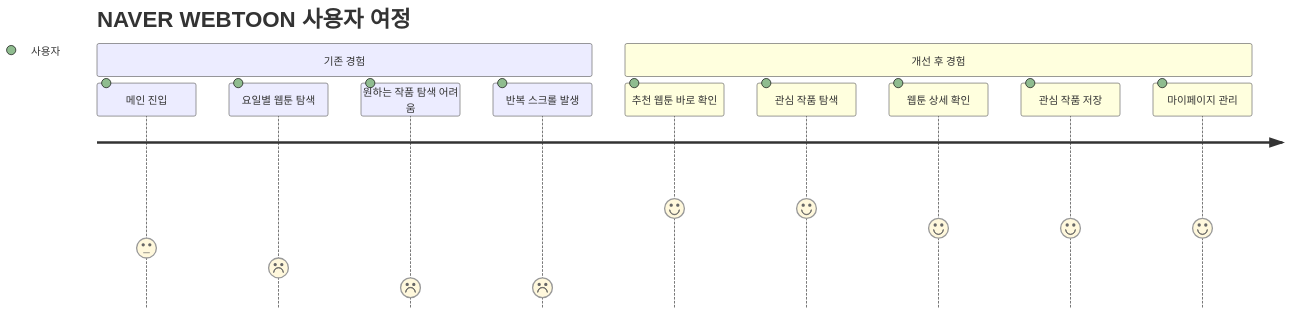
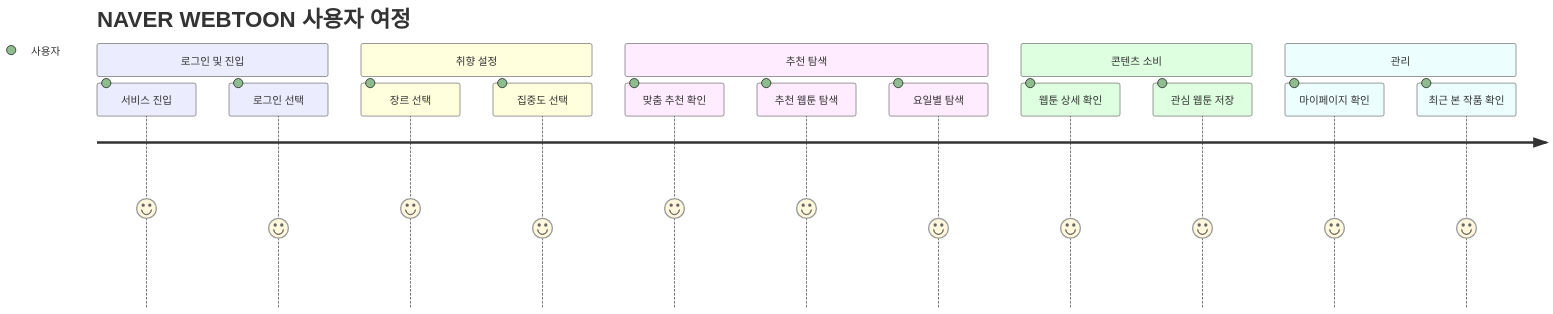
The third of 7 diagrams in README.md (yujj9705/naver-webtoon), drawn with Mermaid before and after one commit. The commit also changed other lines of this file, not shown here.

````diff
--- a/README.md
+++ b/README.md
@@ -81,17 +103,25 @@
 ```mermaid
 journey
     title NAVER WEBTOON 사용자 여정
 
-    section 기존 경험
-      메인 진입: 3: 사용자
-      요일별 웹툰 탐색: 2: 사용자
-      원하는 작품 탐색 어려움: 1: 사용자
-      반복 스크롤 발생: 1: 사용자
+    section 로그인 및 진입
+      서비스 진입: 5: 사용자
+      로그인 선택: 4: 사용자
 
-    section 개선 후 경험
-      추천 웹툰 바로 확인: 5: 사용자
-      관심 작품 탐색: 5: 사용자
+    section 취향 설정
+      장르 선택: 5: 사용자
+      집중도 선택: 4: 사용자
+
+    section 추천 탐색
+      맞춤 추천 확인: 5: 사용자
+      추천 웹툰 탐색: 5: 사용자
+      요일별 탐색: 4: 사용자
+
+    section 콘텐츠 소비
       웹툰 상세 확인: 4: 사용자
-      관심 작품 저장: 4: 사용자
-      마이페이지 관리: 4: 사용자
+      관심 웹툰 저장: 4: 사용자
+
+    section 관리
+      마이페이지 확인: 4: 사용자
+      최근 본 작품 확인: 4: 사용자
 ```
````
